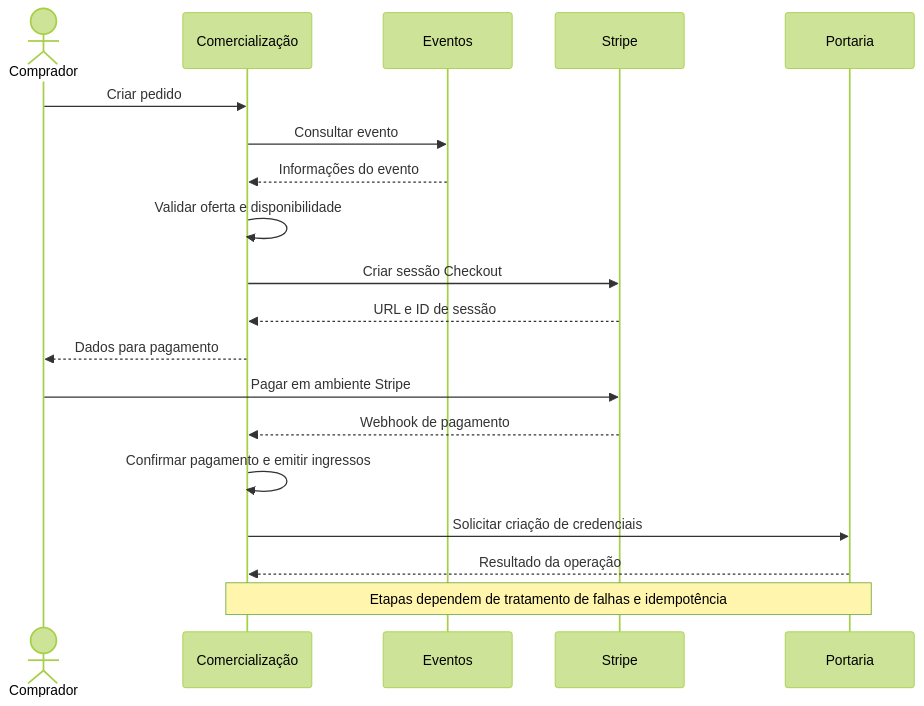
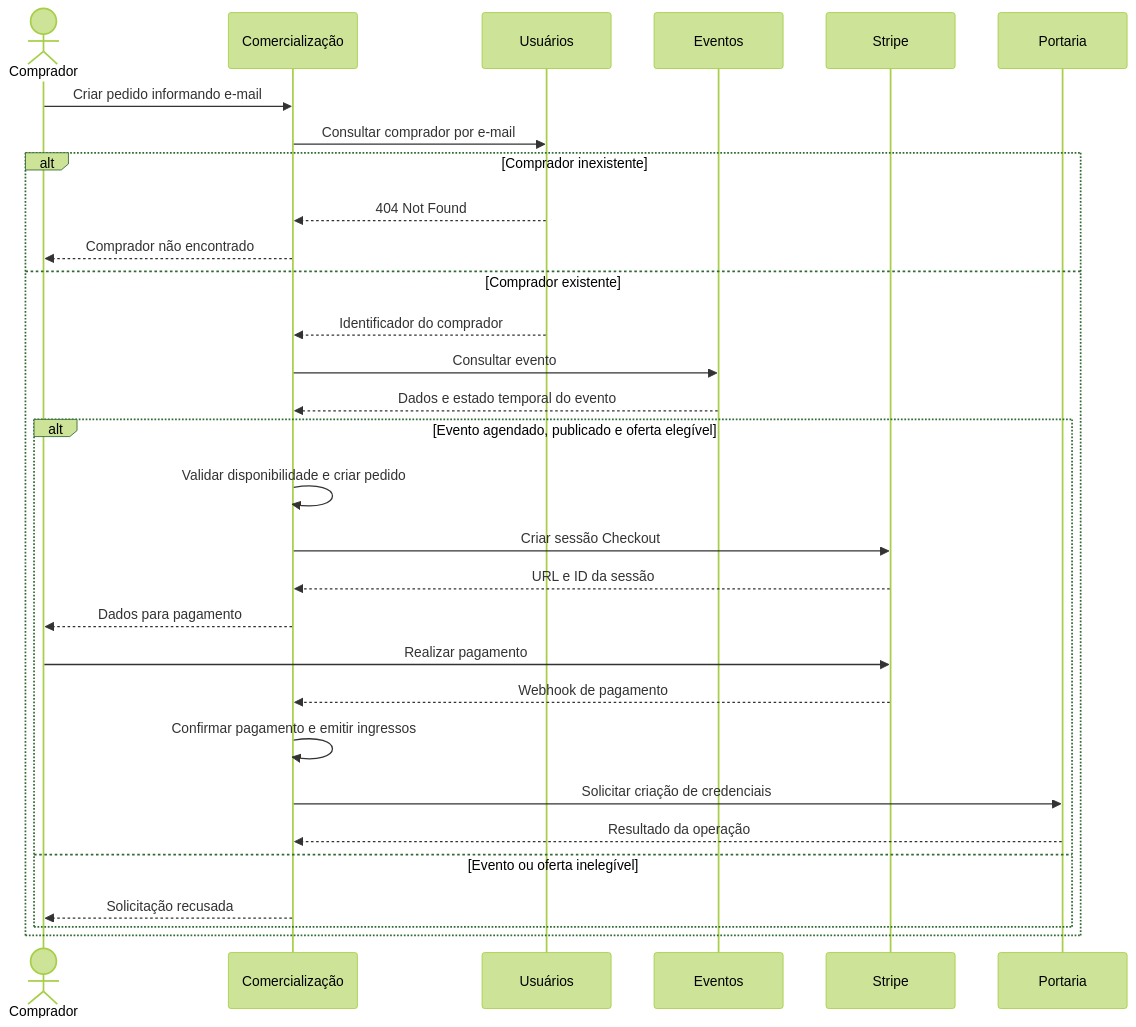
One commit to LaurenceFluciano/microsservicos-eventos-presenciais changed the tenth of 13 diagrams in Docs/Arquitetura.md. Above: the diagram before and after it, drawn with Mermaid (forest theme). The commit also changed other lines of this file and 4 other files, not shown here.

````diff
--- a/Docs/Arquitetura.md
+++ b/Docs/Arquitetura.md
@@ -281,21 +340,35 @@
 ```mermaid
 sequenceDiagram
     actor B as Comprador
     participant C as Comercialização
+    participant U as Usuários
     participant E as Eventos
     participant S as Stripe
     participant P as Portaria
-    B->>C: Criar pedido
-    C->>E: Consultar evento
-    E-->>C: Informações do evento
-    C->>C: Validar oferta e disponibilidade
-    C->>S: Criar sessão Checkout
-    S-->>C: URL e ID de sessão
-    C-->>B: Dados para pagamento
-    B->>S: Pagar em ambiente Stripe
-    S-->>C: Webhook de pagamento
-    C->>C: Confirmar pagamento e emitir ingressos
-    C->>P: Solicitar criação de credenciais
-    P-->>C: Resultado da operação
-    Note over C,P: Etapas dependem de tratamento de falhas e idempotência
+
+    B->>C: Criar pedido informando e-mail
+    C->>U: Consultar comprador por e-mail
+
+    alt Comprador inexistente
+        U-->>C: 404 Not Found
+        C-->>B: Comprador não encontrado
+    else Comprador existente
+        U-->>C: Identificador do comprador
+        C->>E: Consultar evento
+        E-->>C: Dados e estado temporal do evento
+
+        alt Evento agendado, publicado e oferta elegível
+            C->>C: Validar disponibilidade e criar pedido
+            C->>S: Criar sessão Checkout
+            S-->>C: URL e ID da sessão
+            C-->>B: Dados para pagamento
+            B->>S: Realizar pagamento
+            S-->>C: Webhook de pagamento
+            C->>C: Confirmar pagamento e emitir ingressos
+            C->>P: Solicitar criação de credenciais
+            P-->>C: Resultado da operação
+        else Evento ou oferta inelegível
+            C-->>B: Solicitação recusada
+        end
+    end
 ```
````
